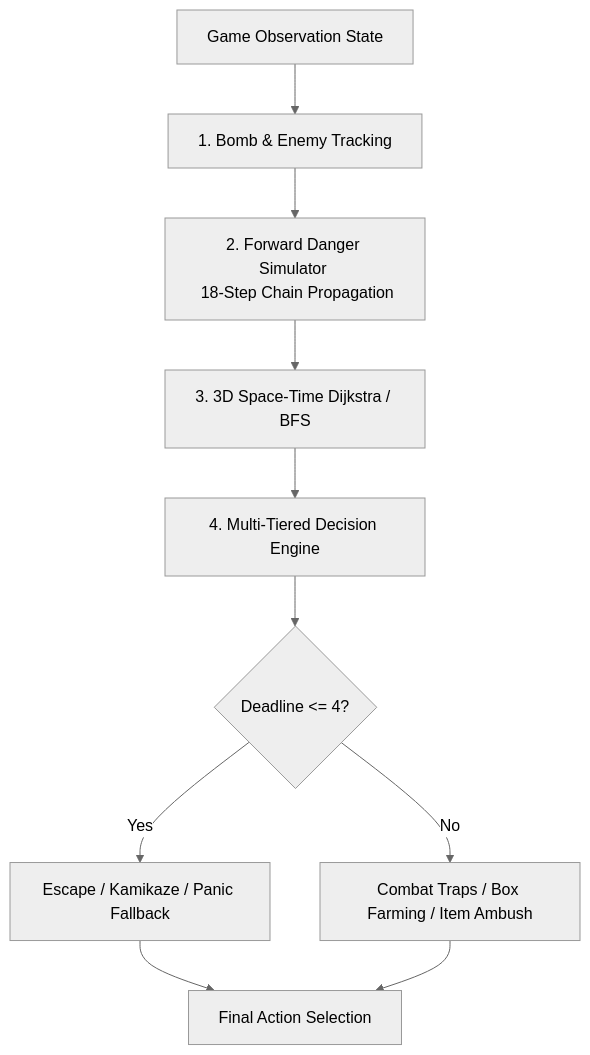
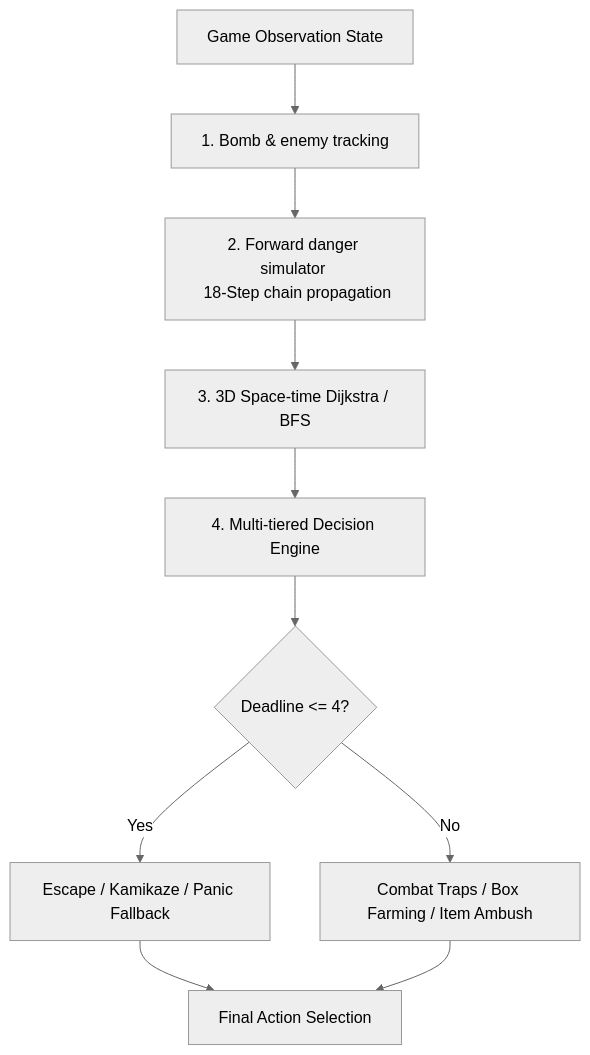
The diagram in README.md (DeckardShaw31/TalonAgent), drawn with Mermaid (neutral theme) before and after one commit.

````diff
--- a/README.md
+++ b/README.md
@@ -13,12 +13,12 @@
 ```mermaid
 graph TD
-    Obs[Game Observation State] --> Sync[1. Bomb & Enemy Tracking]
-    Sync --> DangerSim[2. Forward Danger Simulator <br/> 18-Step Chain Propagation]
-    DangerSim --> SpaceTimeBFS[3. 3D Space-Time Dijkstra / BFS]
-    SpaceTimeBFS --> PriorityEngine[4. Multi-Tiered Decision Engine]
+    OBS[Game Observation State] --> Sync[1. Bomb & enemy tracking]
+    Sync --> DangerSim[2. Forward danger simulator <br/> 18-Step chain propagation]
+    DangerSim --> SpaceTimeBFS[3. 3D Space-time Dijkstra / BFS]
+    SpaceTimeBFS --> PriorityEngine[4. Multi-tiered Decision Engine]
     PriorityEngine --> EscapeMode{Deadline <= 4?}
     EscapeMode -- Yes --> EscapeAction[Escape / Kamikaze / Panic Fallback]
     EscapeMode -- No --> CombatFarming[Combat Traps / Box Farming / Item Ambush]
     EscapeAction --> Action[Final Action Selection]
     CombatFarming --> Action
 ```
````
